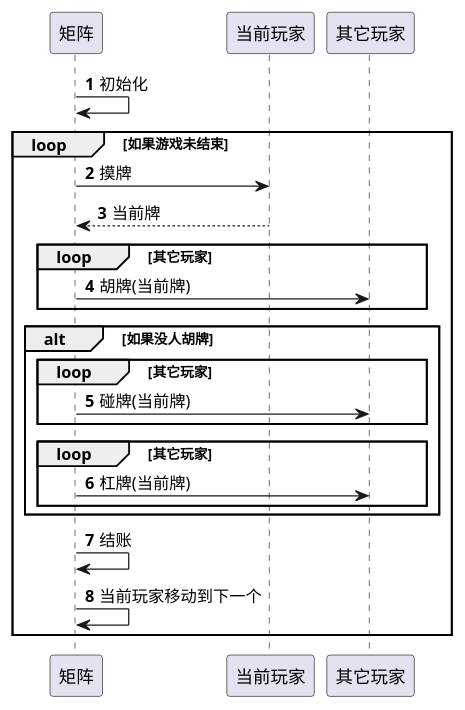
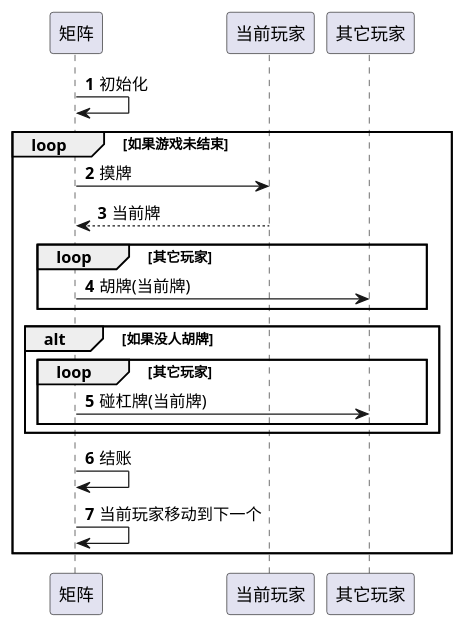
The diagram in src/main/java/com/guci/MaJiangGame/GameSequence.puml (guci314/MaJiang), drawn with PlantUML before and after one commit. The commit also changed 1 other file, not shown here.

```diff
--- a/src/main/java/com/guci/MaJiangGame/GameSequence.puml
+++ b/src/main/java/com/guci/MaJiangGame/GameSequence.puml
@@ -1,25 +1,22 @@
 @startuml
 'https://plantuml.com/sequence-diagram
 
 autonumber
 
 矩阵 -> 矩阵 : 初始化
 loop 如果游戏未结束
     矩阵 -> 当前玩家: 摸牌
     return 当前牌
     loop 其它玩家
         矩阵 -> 其它玩家: 胡牌(当前牌)
     end
     alt 如果没人胡牌
         loop 其它玩家
-            矩阵 -> 其它玩家: 碰牌(当前牌)
-        end
-        loop 其它玩家
-            矩阵 -> 其它玩家: 杠牌(当前牌)
+            矩阵 -> 其它玩家: 碰杠牌(当前牌)
         end
     end
     矩阵 -> 矩阵 : 结账
     矩阵 -> 矩阵 : 当前玩家移动到下一个
 end
 
 @enduml
```
